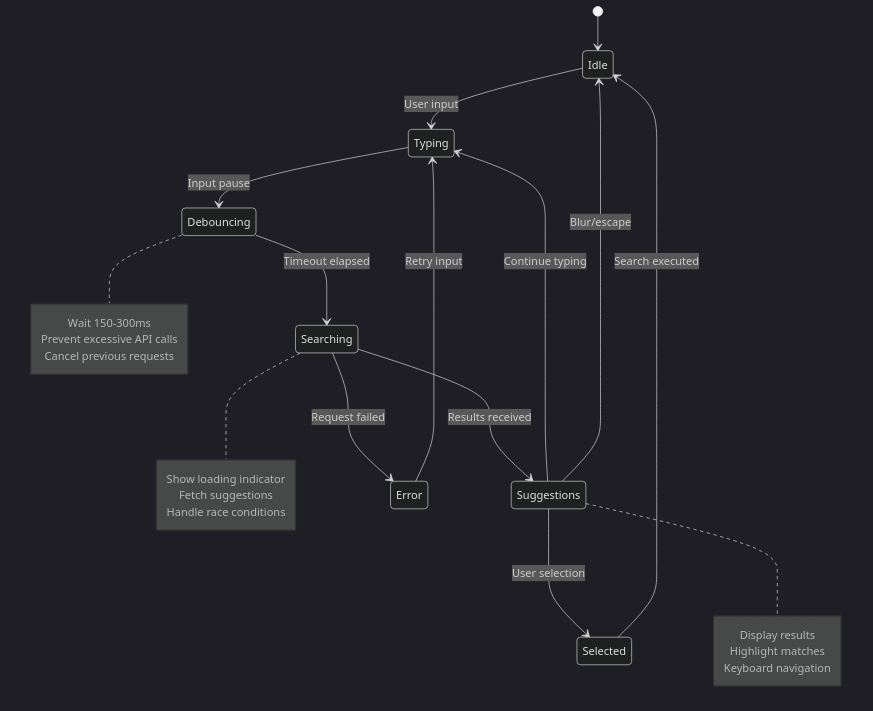
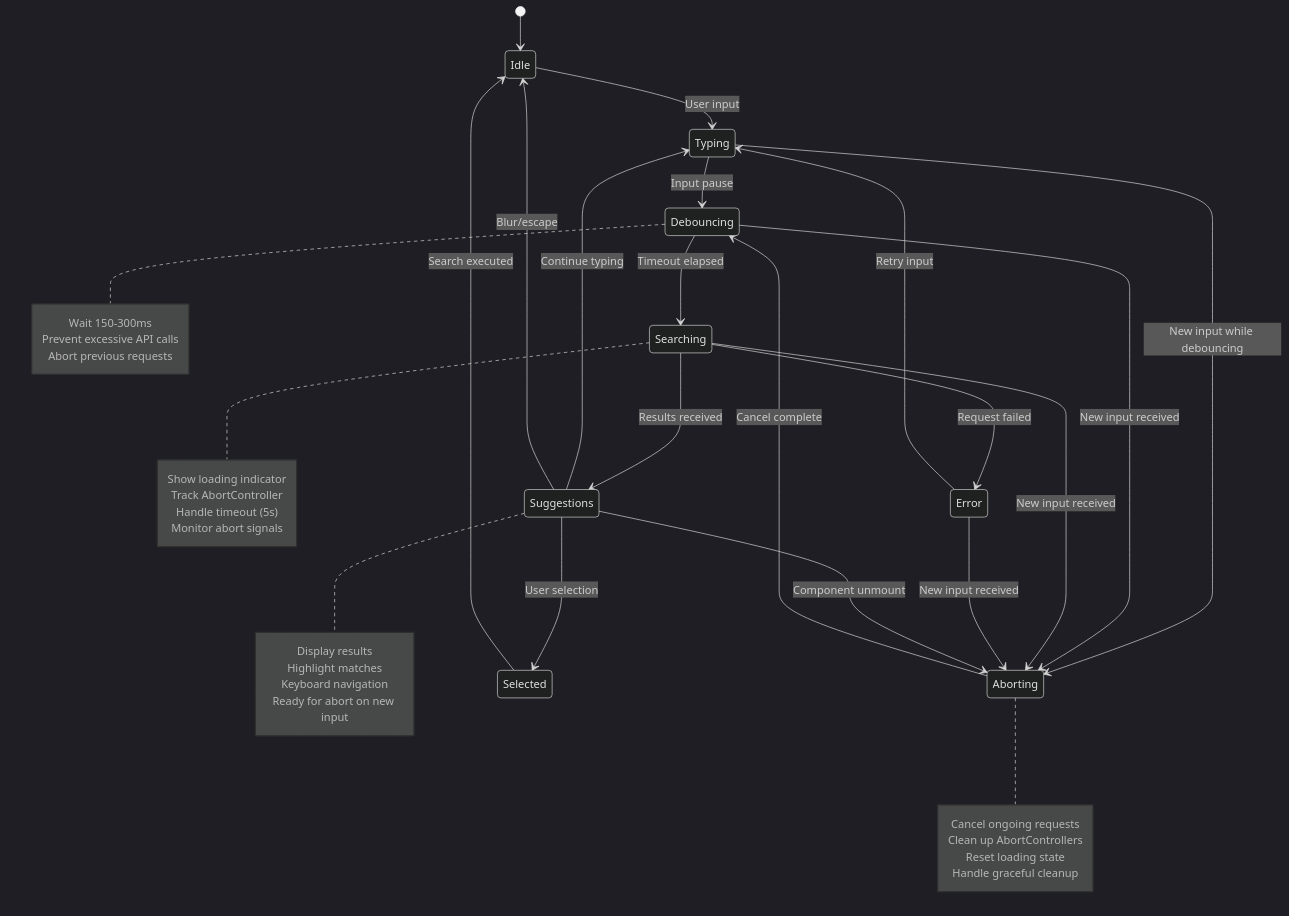
One commit to pratheeshpm/brahmastra changed the fourth of 24 diagrams in frontend-system-design/10-search-autocomplete/README.md. Above: the diagram before and after it, drawn with Mermaid (dark theme). The commit also changed other lines of this file and 280 other files, not shown here.

````diff
--- a/frontend-system-design/10-search-autocomplete/README.md
+++ b/frontend-system-design/10-search-autocomplete/README.md
@@ -363,32 +757,47 @@
 ```mermaid
 stateDiagram-v2
     [*] --> Idle
     Idle --> Typing: User input
     Typing --> Debouncing: Input pause
+    Typing --> Aborting: New input while debouncing
     Debouncing --> Searching: Timeout elapsed
+    Debouncing --> Aborting: New input received
     Searching --> Suggestions: Results received
     Searching --> Error: Request failed
+    Searching --> Aborting: New input received
+    Aborting --> Debouncing: Cancel complete
     Suggestions --> Typing: Continue typing
     Suggestions --> Selected: User selection
     Error --> Typing: Retry input
+    Error --> Aborting: New input received
     Selected --> Idle: Search executed
     Suggestions --> Idle: Blur/escape
+    Suggestions --> Aborting: Component unmount
     
     note right of Debouncing
         Wait 150-300ms
         Prevent excessive API calls
-        Cancel previous requests
+        Abort previous requests
+    end note
+    
+    note right of Aborting
+        Cancel ongoing requests
+        Clean up AbortControllers
+        Reset loading state
+        Handle graceful cleanup
     end note
     
     note right of Searching
         Show loading indicator
-        Fetch suggestions
-        Handle race conditions
+        Track AbortController
+        Handle timeout (5s)
+        Monitor abort signals
     end note
     
     note right of Suggestions
         Display results
         Highlight matches
         Keyboard navigation
+        Ready for abort on new input
     end note
 ```
````
